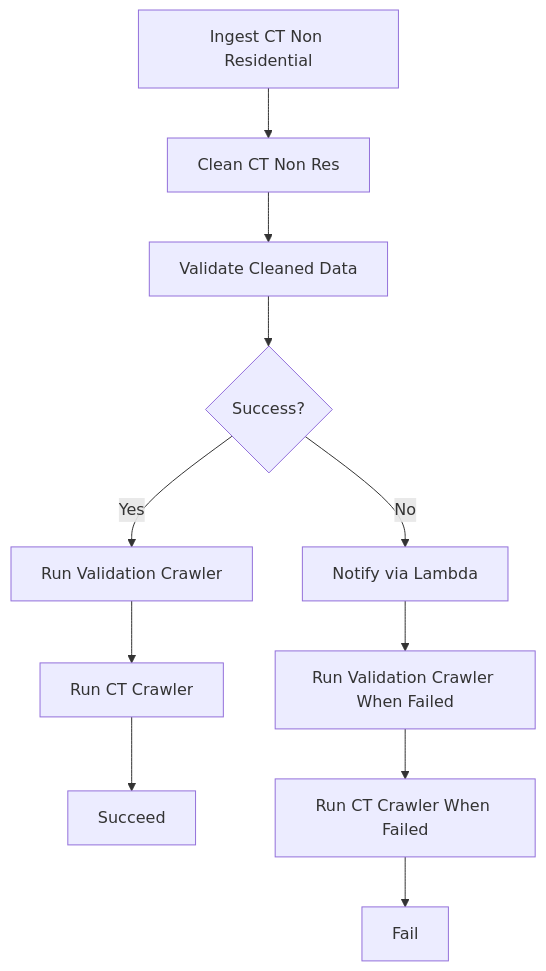
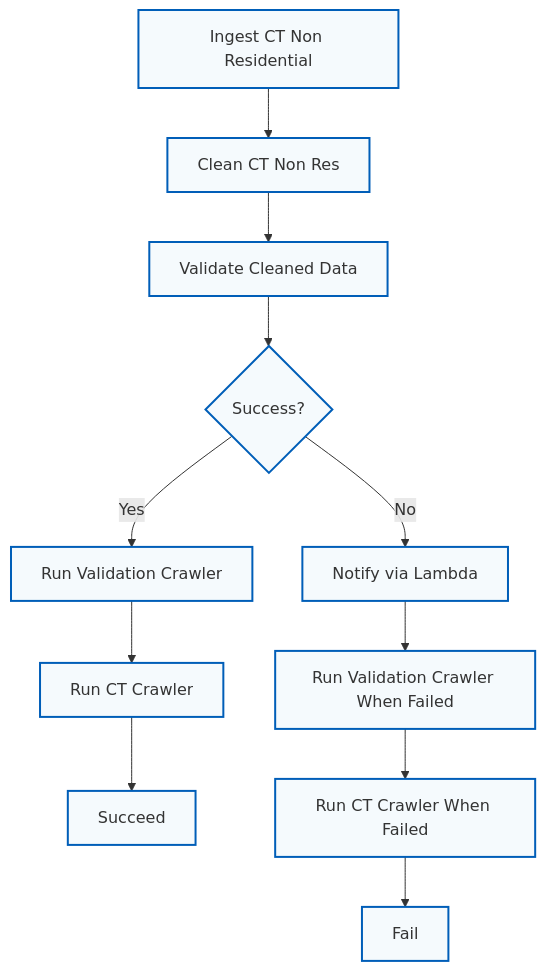
Before and after one commit to NMDSdevopsServiceAdm/DataEngineering: the diagram in docs/source/_01_data_ingestion_pipelines/ingest_capacity_tracker_non_residential.md, drawn with Mermaid. The commit also changed 3 other files, not shown here.

Commit message:
format mermaid charts

````diff
--- a/docs/source/_01_data_ingestion_pipelines/ingest_capacity_tracker_non_residential.md
+++ b/docs/source/_01_data_ingestion_pipelines/ingest_capacity_tracker_non_residential.md
@@ -65,13 +65,15 @@
 ```{mermaid}
 graph TD
-    A[Ingest CT Non Residential] --> B[Clean CT Non Res]
-    B --> C[Validate Cleaned Data]
-    C --> D{Success?}
-    D -->|Yes| E[Run Validation Crawler]
-    E --> F[Run CT Crawler]
-    F --> G[Succeed]
-    D -->|No| H[Notify via Lambda]
-    H --> I[Run Validation Crawler When Failed]
-    I --> J[Run CT Crawler When Failed]
-    J --> K[Fail]
+    A[Ingest CT Non Residential]:::format --> B[Clean CT Non Res]:::format
+    B --> C[Validate Cleaned Data]:::format
+    C --> D{Success?}:::format
+    D -->|Yes| E[Run Validation Crawler]:::format
+    E --> F[Run CT Crawler]:::format
+    F --> G[Succeed]:::format
+    D -->|No| H[Notify via Lambda]:::format
+    H --> I[Run Validation Crawler When Failed]:::format
+    I --> J[Run CT Crawler When Failed]:::format
+    J --> K[Fail]:::format
+
+    classDef format fill:#F5FAFD,stroke:#005EB8,stroke-width:2px;
 ```
````
